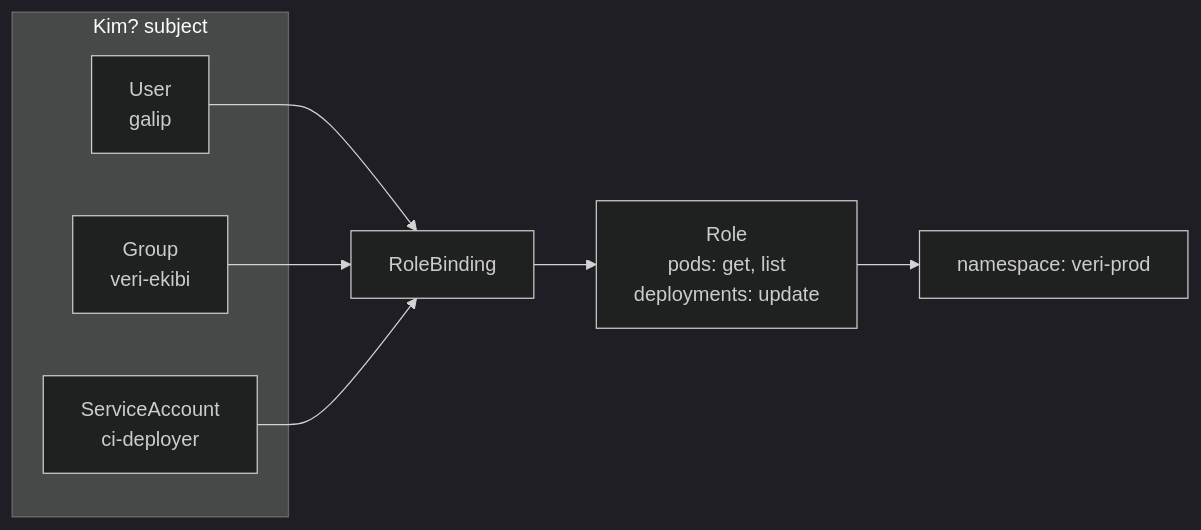
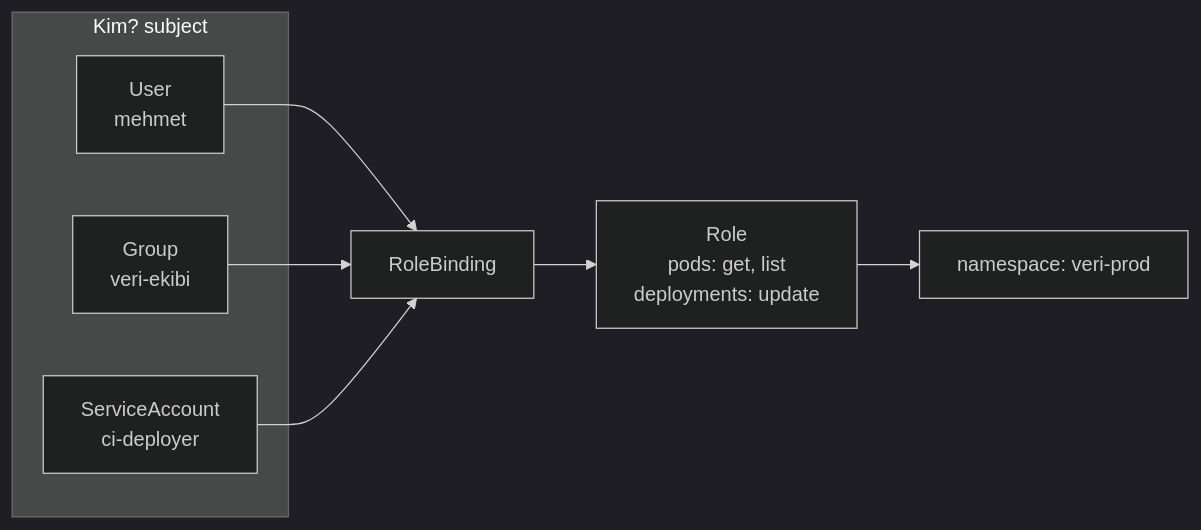
One commit to GalipSoken/atlas changed the diagram in docs/05-kubernetes/13-rbac.md. Above: the diagram before and after it, drawn with Mermaid (dark theme). The commit also changed other lines of this file and 36 other files, not shown here.

````diff
--- a/docs/05-kubernetes/13-rbac.md
+++ b/docs/05-kubernetes/13-rbac.md
@@ -23,13 +23,13 @@
 ```mermaid
 flowchart LR
     subgraph Kim[Kim? subject]
-        U[User<br/>galip]
+        U[User<br/>mehmet]
         G[Group<br/>veri-ekibi]
         SA[ServiceAccount<br/>ci-deployer]
     end
     RB[RoleBinding] --> R[Role<br/>pods: get, list<br/>deployments: update]
     U --> RB
     G --> RB
     SA --> RB
     R --> NS[namespace: veri-prod]
 ```
````
